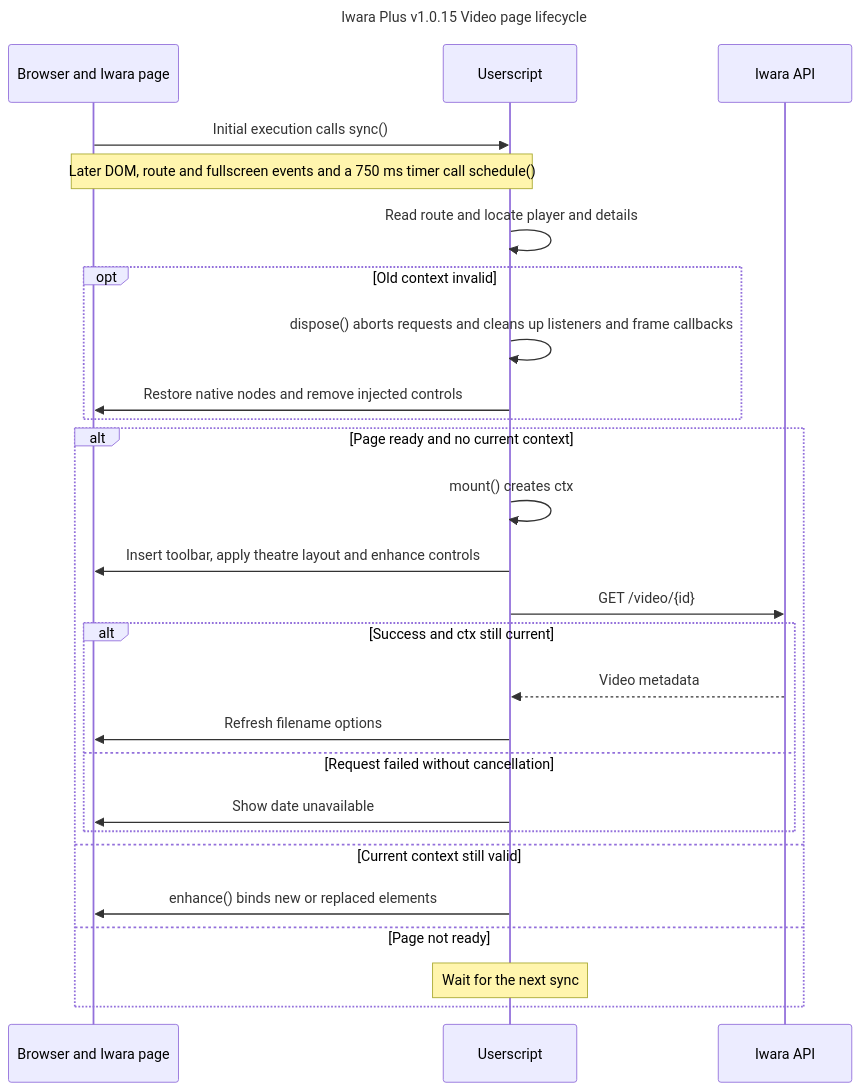
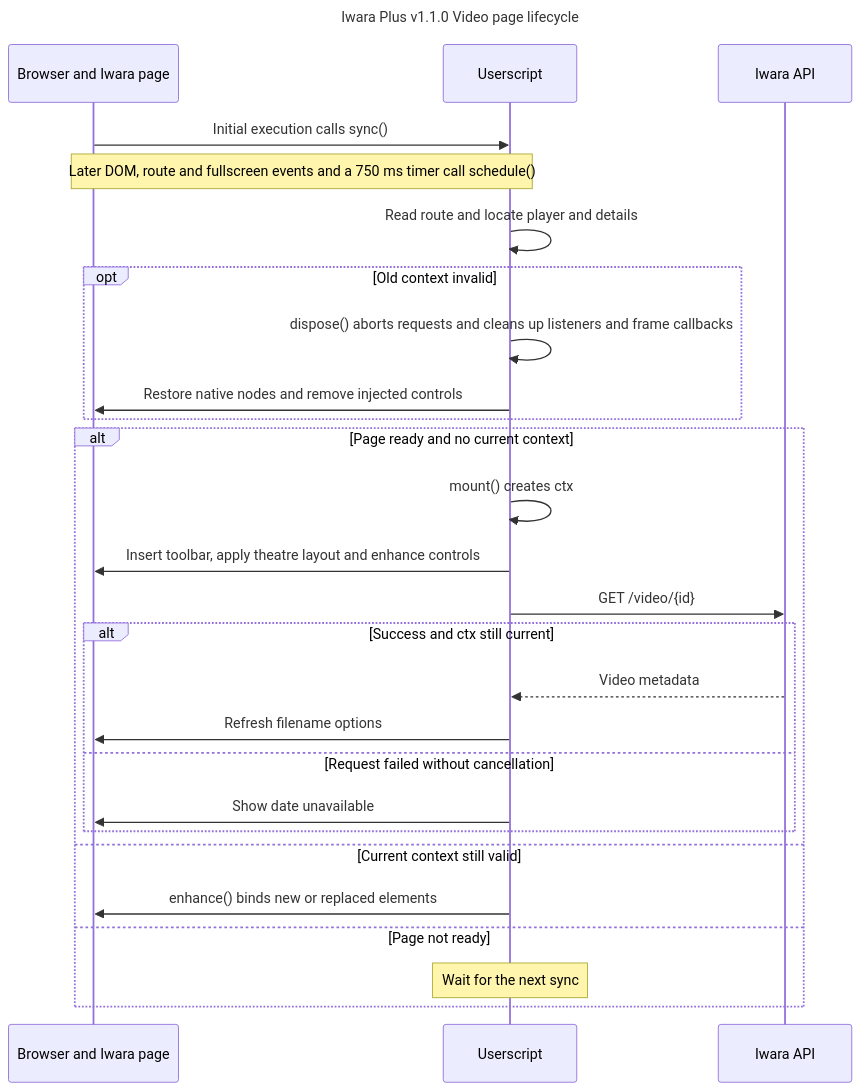
The second of 6 diagrams in docs/architecture.md (lhYanghc/iwara-plus), drawn with Mermaid before and after one commit. The commit also changed other lines of this file and 9 other files, not shown here.

````diff
--- a/docs/architecture.md
+++ b/docs/architecture.md
@@ -70,31 +74,31 @@
 ```mermaid
 ---
-title: Iwara Plus v1.0.15 Video page lifecycle
+title: Iwara Plus v1.1.0 Video page lifecycle
 ---
 sequenceDiagram
     participant B as Browser and Iwara page
     participant L as Userscript
     participant A as Iwara API
     B->>L: Initial execution calls sync()
     Note over B,L: Later DOM, route and fullscreen events and a 750 ms timer call schedule()
     L->>L: Read route and locate player and details
     opt Old context invalid
         L->>L: dispose() aborts requests and cleans up listeners and frame callbacks
         L->>B: Restore native nodes and remove injected controls
     end
     alt Page ready and no current context
         L->>L: mount() creates ctx
         L->>B: Insert toolbar, apply theatre layout and enhance controls
         L->>A: GET /video/{id}
         alt Success and ctx still current
             A-->>L: Video metadata
             L->>B: Refresh filename options
         else Request failed without cancellation
             L->>B: Show date unavailable
         end
     else Current context still valid
         L->>B: enhance() binds new or replaced elements
     else Page not ready
         Note over L: Wait for the next sync
     end
 ```
````
